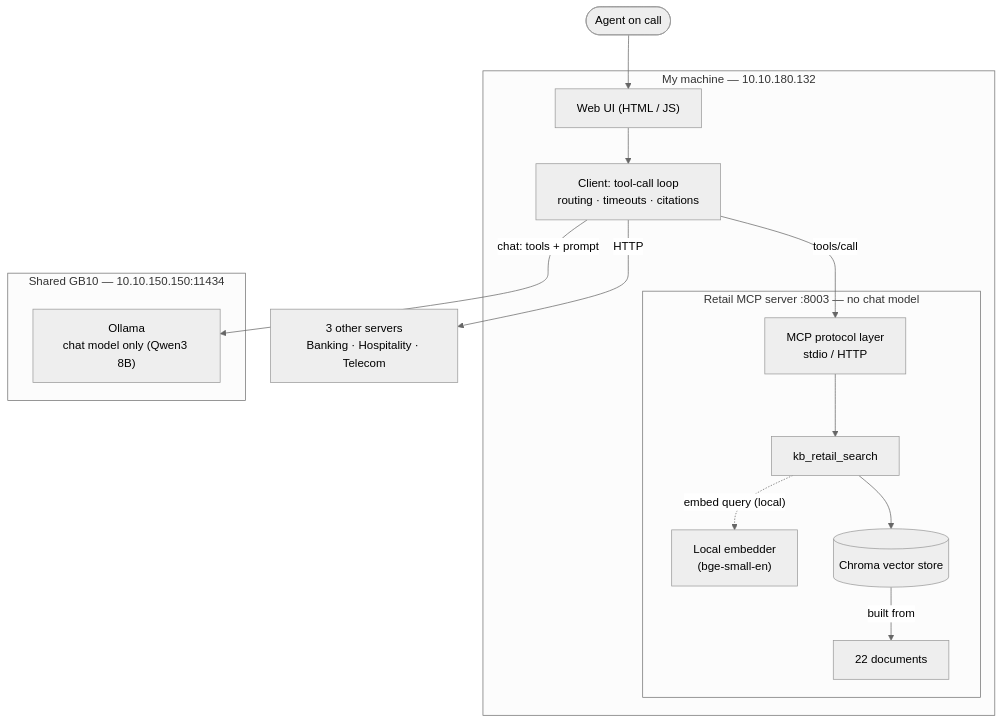
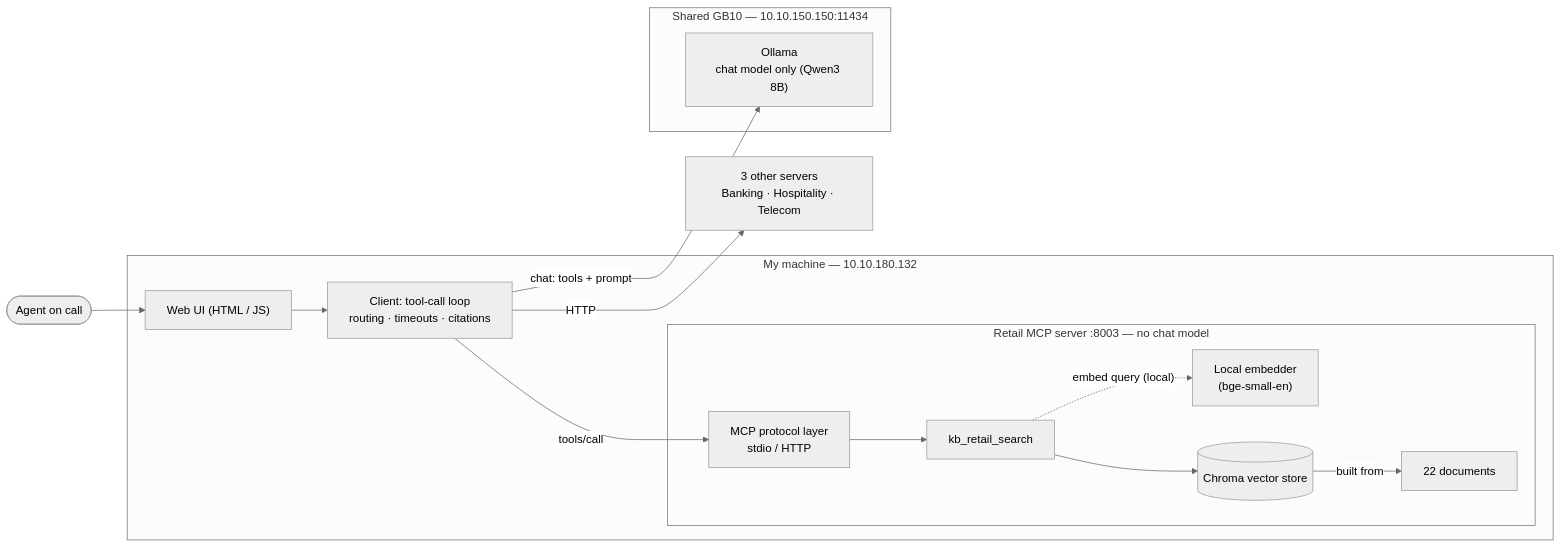
One commit to rishiupadhyaygithub/retail-mcp-chatbot changed the first of 7 diagrams in docs/design_document.md. Above: the diagram before and after it, drawn with Mermaid (neutral theme). The commit also changed 1 other file, not shown here.

Commit message:
docs: fix Figure 1 back to LR (TD tangled the arrows); keep other diagrams TD

````diff
--- a/docs/design_document.md
+++ b/docs/design_document.md
@@ -42,26 +42,26 @@
 ```mermaid title="Figure 1 — Phase 1 architecture and data flow (retail)"
-flowchart TD
+flowchart LR
   user(["Agent on call"])
   subgraph host["My machine — 10.10.180.132"]
     ui["Web UI (HTML / JS)"]
     loop["Client: tool-call loop<br/>routing · timeouts · citations"]
     subgraph mcp["Retail MCP server :8003 — no chat model"]
       proto["MCP protocol layer<br/>stdio / HTTP"]
       search["kb_retail_search"]
       embed["Local embedder<br/>(bge-small-en)"]
       chroma[("Chroma vector store")]
       docs["22 documents"]
     end
   end
   subgraph gb10["Shared GB10 — 10.10.150.150:11434"]
     ollama["Ollama<br/>chat model only (Qwen3 8B)"]
   end
   other["3 other servers<br/>Banking · Hospitality · Telecom"]
   user --> ui --> loop
   loop -- "chat: tools + prompt" --> ollama
   loop -- "tools/call" --> proto
   proto --> search --> chroma
   search -. "embed query (local)" .-> embed
   chroma -- "built from" --> docs
   loop -- "HTTP" --> other
 ```
````
